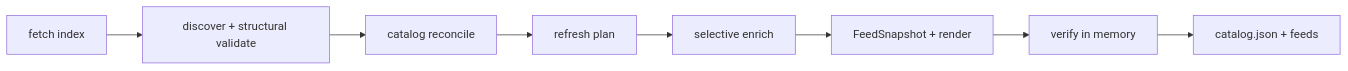
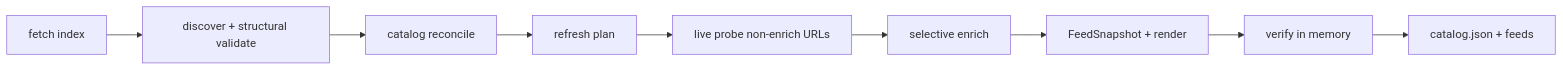
One commit to wyattowalsh/paul-graham-essay-feeds changed the diagram in DOCS.md. Above: the diagram before and after it, drawn with Mermaid. The commit also changed other lines of this file and 4 other files, not shown here.

First line of the commit message:
perf(pipeline): probe non-enrich URLs before enrich GET

````diff
--- a/DOCS.md
+++ b/DOCS.md
@@ -80,10 +80,11 @@
 ```mermaid
 flowchart LR
   A[fetch index] --> B[discover + structural validate]
   B --> C[catalog reconcile]
   C --> D[refresh plan]
-  D --> E[selective enrich]
-  E --> F[FeedSnapshot + render]
-  F --> G[verify in memory]
-  G --> H[catalog.json + feeds]
+  D --> E[live probe non-enrich URLs]
+  E --> F[selective enrich]
+  F --> G[FeedSnapshot + render]
+  G --> H[verify in memory]
+  H --> I[catalog.json + feeds]
 ```
````
